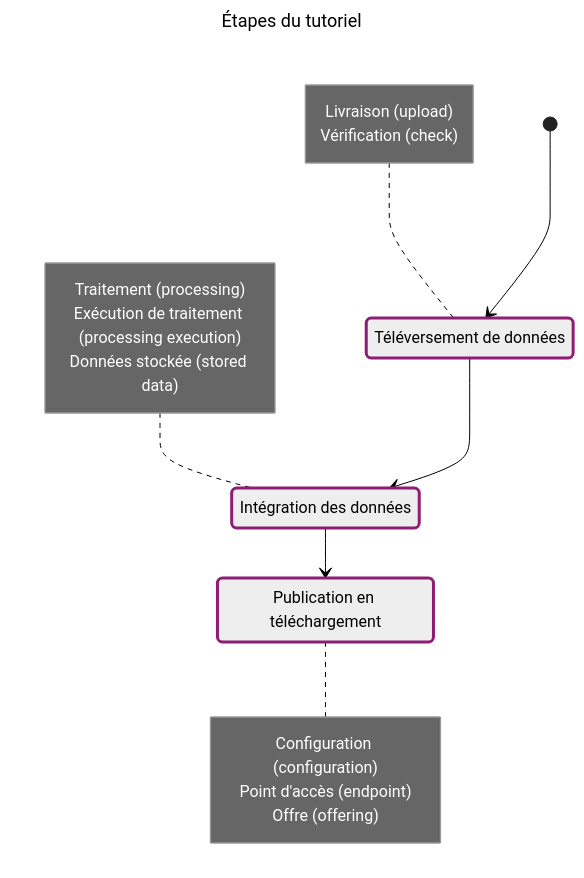
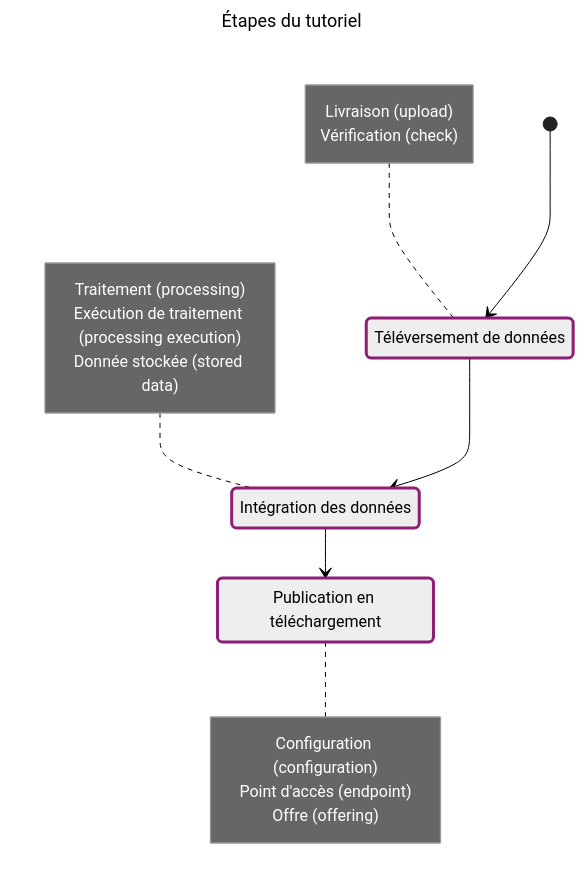
One commit to IGNF/cartes.gouv.fr-documentation changed the first of 2 diagrams in content/fr/guides-developpeur/tutoriels/gestion-des-donnees-archives/alimentation-diffusion-archive.md. Above: the diagram before and after it, drawn with Mermaid (neutral theme). The commit also changed other lines of this file and 14 other files, not shown here.

````diff
--- a/content/fr/guides-developpeur/tutoriels/gestion-des-donnees-archives/alimentation-diffusion-archive.md
+++ b/content/fr/guides-developpeur/tutoriels/gestion-des-donnees-archives/alimentation-diffusion-archive.md
@@ -18,35 +18,35 @@
 ```mermaid
 ---
 title: Étapes du tutoriel
 ---
 stateDiagram
 
 
     TEL: Téléversement de données
     note left of TEL
         Livraison (upload)
         Vérification (check)
     end note
 
     INT: Intégration des données
     note left of INT
         Traitement (processing)
         Exécution de traitement (processing execution)
-        Données stockée (stored data)
+        Donnée stockée (stored data)
     end note
 
     PUB: Publication en téléchargement
     note right of PUB
         Configuration (configuration)
         Point d'accès (endpoint)
         Offre (offering)
     end note
 
     [*] --> TEL
     TEL --> INT
     INT --> PUB
 
     classDef concepts fill:#eee,stroke:#8d1d75,stroke-width:3px,color:#000;
 
     class TEL,INT,PUB concepts
 ```
````
